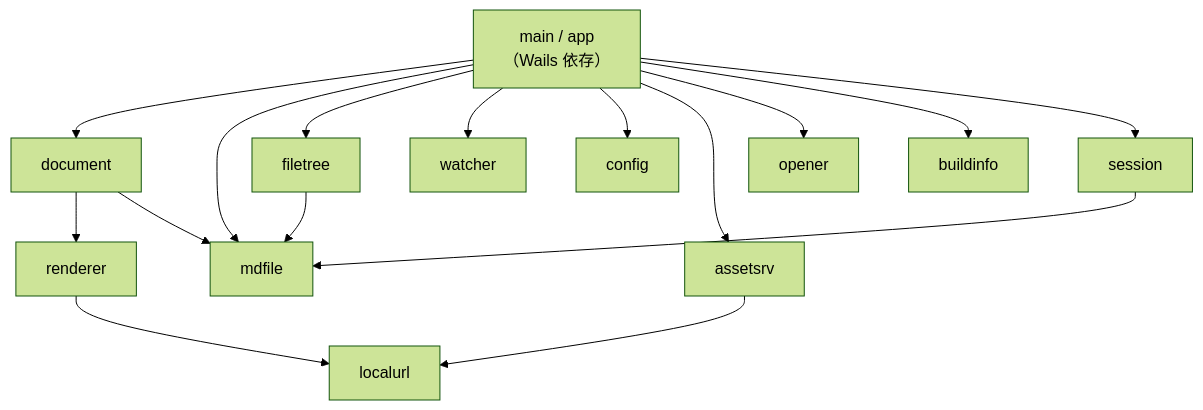
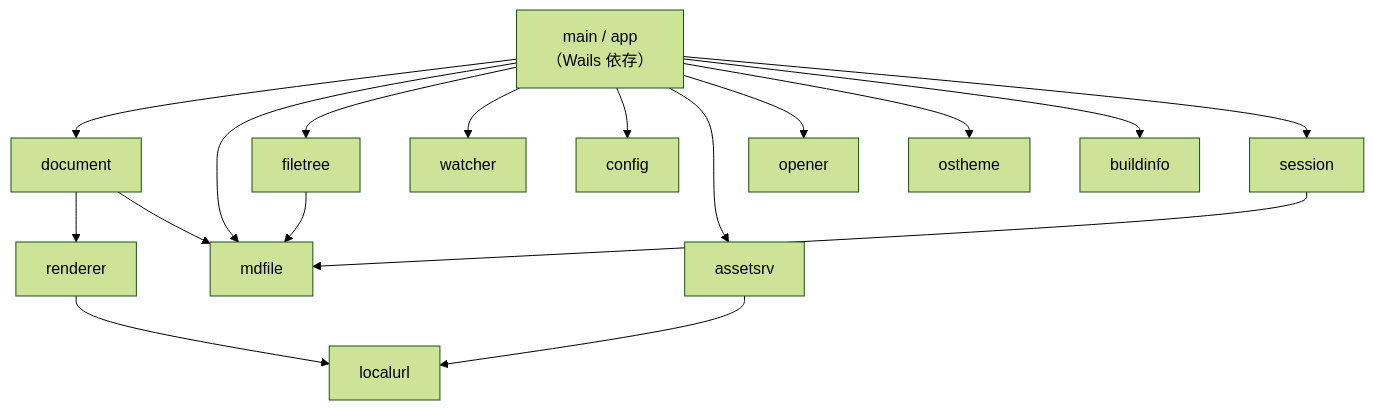
Before and after one commit to kznagamori/go_MarkView: the diagram in docs/specs/10-impl-overview.md, drawn with Mermaid (forest theme). The commit also changed other lines of this file and 25 other files, not shown here.

````diff
--- a/docs/specs/10-impl-overview.md
+++ b/docs/specs/10-impl-overview.md
@@ -115,18 +125,19 @@
 ```mermaid
 flowchart TD
     MAIN["main / app<br/>（Wails 依存）"] --> DOC["document"]
     MAIN --> MDF["mdfile"]
     MAIN --> TREE["filetree"]
     MAIN --> WATCH["watcher"]
     MAIN --> CFG["config"]
     MAIN --> ASSET["assetsrv"]
     MAIN --> OPEN["opener"]
+    MAIN --> OSTH["ostheme"]
     MAIN --> BI["buildinfo"]
     MAIN --> SESS["session"]
     DOC --> REND["renderer"]
     DOC --> MDF
     TREE --> MDF
     SESS --> MDF
     REND --> LURL["localurl"]
     ASSET --> LURL
 ```
````
